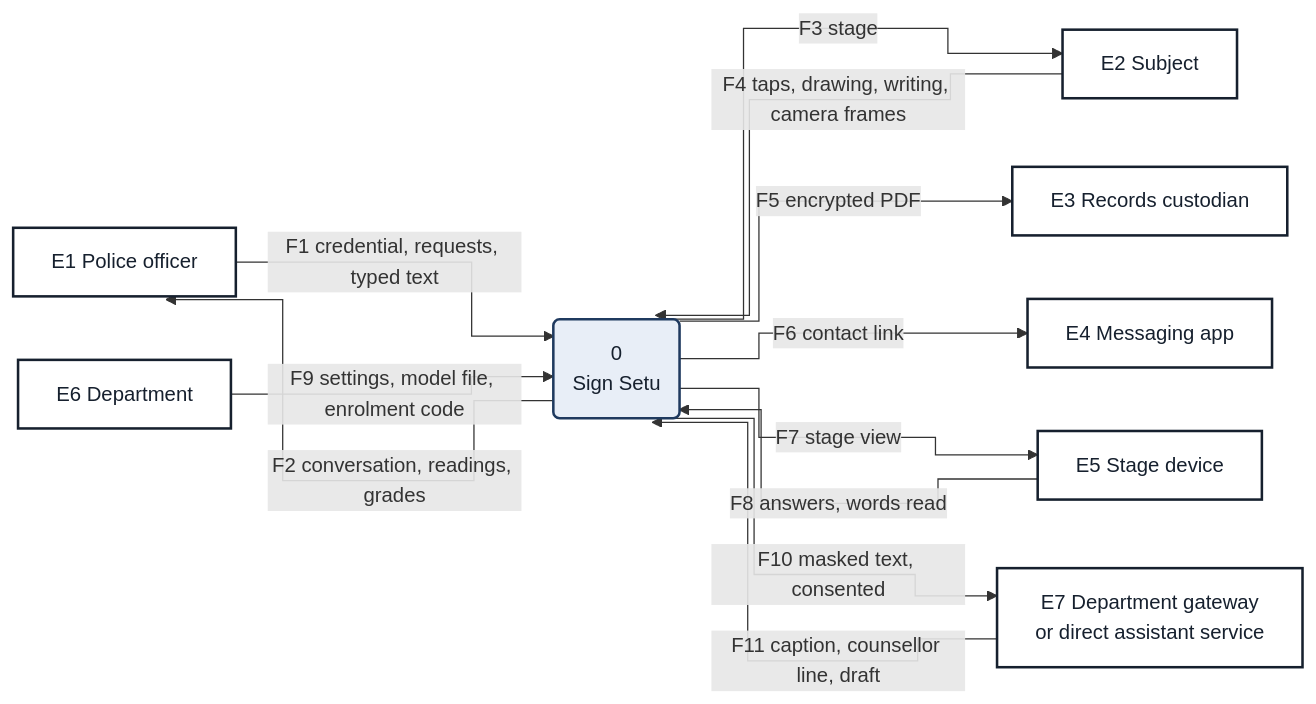
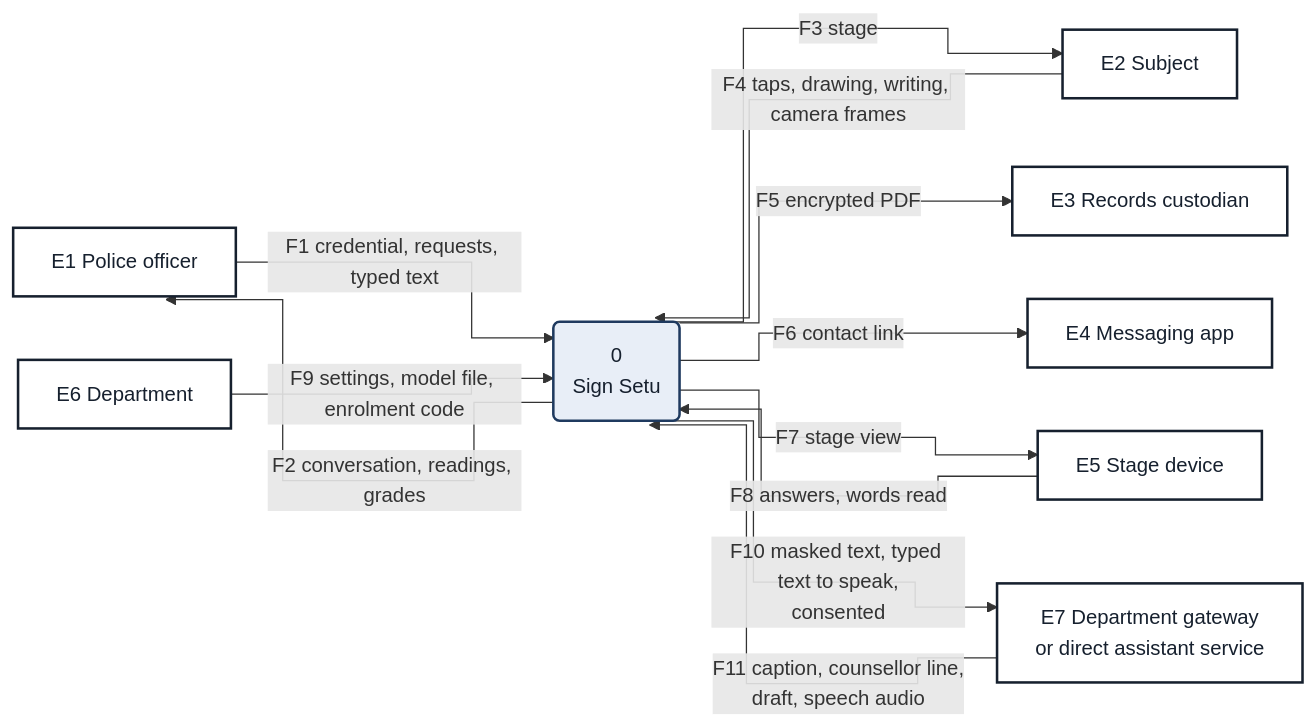
Before and after one commit to Yash-Awasthi/sign-setu: the second of 3 diagrams in docs/README.md, drawn with Mermaid. The commit also changed other lines of this file and 199 other files, not shown here.

````diff
--- a/docs/README.md
+++ b/docs/README.md
@@ -108,25 +106,25 @@
 ```mermaid
 %%{init: {"flowchart": {"curve": "step"}}}%%
 flowchart LR
     E1["E1 Police officer"]:::ent
     E2["E2 Subject"]:::ent
     E3["E3 Records custodian"]:::ent
     E4["E4 Messaging app"]:::ent
     E5["E5 Stage device"]:::ent
     E6["E6 Department"]:::ent
     E7["E7 Department gateway<br/>or direct assistant service"]:::ent
     P0("0<br/>Sign Setu"):::proc
     E1 -- "F1 credential, requests, typed text" --> P0
     P0 -- "F2 conversation, readings, grades" --> E1
     P0 -- "F3 stage" --> E2
     E2 -- "F4 taps, drawing, writing, camera frames" --> P0
     P0 -- "F5 encrypted PDF" --> E3
     P0 -- "F6 contact link" --> E4
     P0 -- "F7 stage view" --> E5
     E5 -- "F8 answers, words read" --> P0
     E6 -- "F9 settings, model file, enrolment code" --> P0
-    P0 -- "F10 masked text, consented" --> E7
-    E7 -- "F11 caption, counsellor line, draft" --> P0
+    P0 -- "F10 masked text, typed text to speak,<br/>consented" --> E7
+    E7 -- "F11 caption, counsellor line,<br/>draft, speech audio" --> P0
     classDef ent fill:#ffffff,stroke:#16202e,stroke-width:2px,color:#16202e
     classDef proc fill:#e8eef7,stroke:#1f3a5f,stroke-width:2px,color:#16202e
 ```
````
